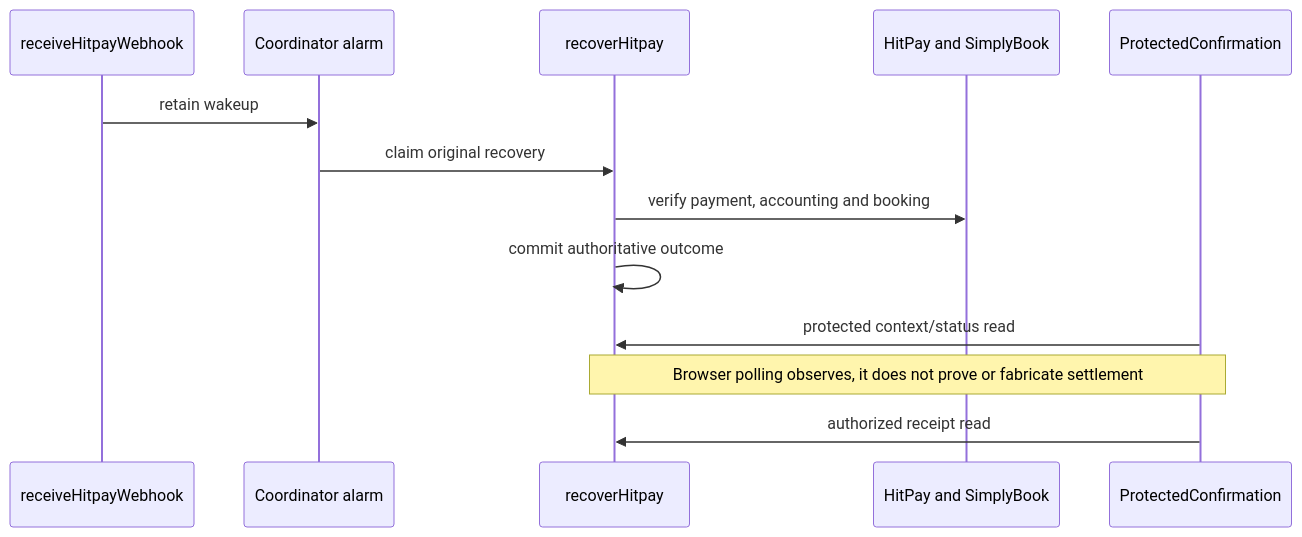
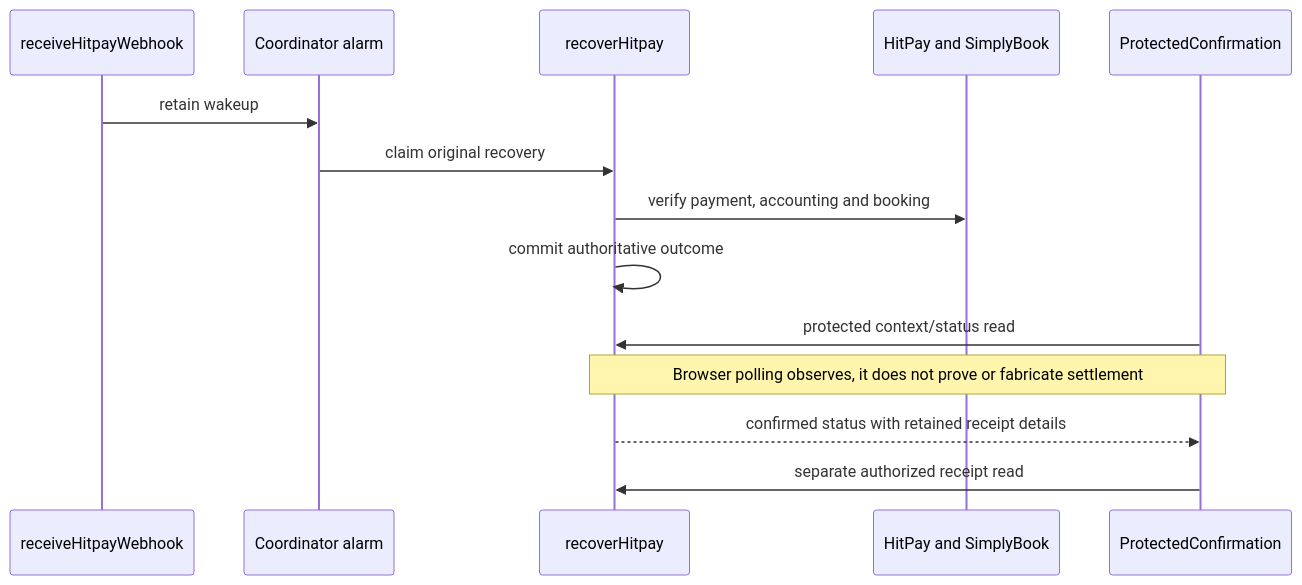
The seventh of 8 diagrams in docs/code-owners/technical-behavior.md (soccerbotstudiosg/soccerbotstudioSG), drawn with Mermaid before and after one commit. The commit also changed other lines of this file and 12 other files, not shown here.

````diff
--- a/docs/code-owners/technical-behavior.md
+++ b/docs/code-owners/technical-behavior.md
@@ -229,15 +229,16 @@
 ```mermaid
 sequenceDiagram
   participant Hook as receiveHitpayWebhook
   participant DO as Coordinator alarm
   participant Recovery as recoverHitpay
   participant Provider as HitPay and SimplyBook
   participant UI as ProtectedConfirmation
   Hook->>DO: retain wakeup
   DO->>Recovery: claim original recovery
   Recovery->>Provider: verify payment, accounting and booking
   Recovery->>Recovery: commit authoritative outcome
   UI->>Recovery: protected context/status read
   Note over UI,Recovery: Browser polling observes, it does not prove or fabricate settlement
-  UI->>Recovery: authorized receipt read
+  Recovery-->>UI: confirmed status with retained receipt details
+  UI->>Recovery: separate authorized receipt read
 ```
````
